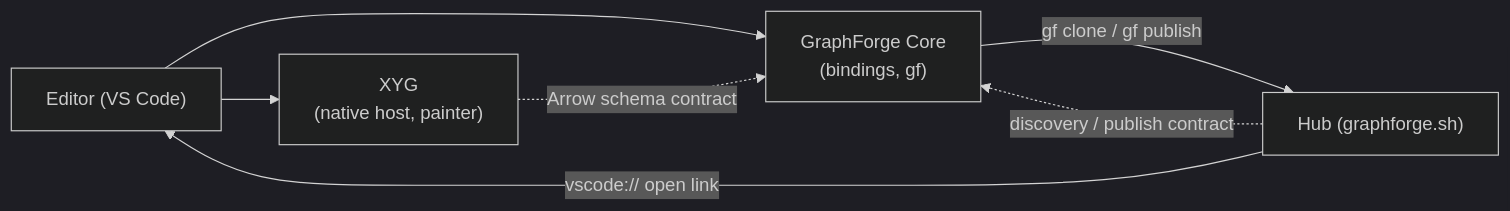
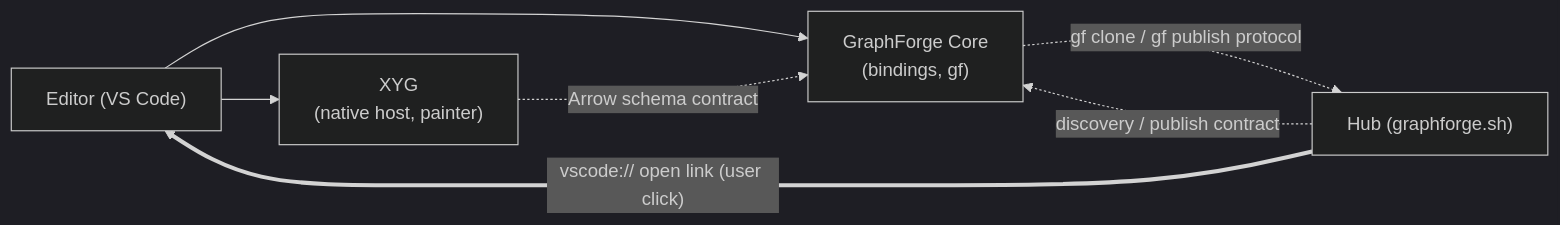
Before and after one commit to CurateLabs/graphforge: the diagram in docs/adr/0054-product-component-boundaries.md, drawn with Mermaid (dark theme). The commit also changed other lines of this file, not shown here.

Commit message:
docs: refresh ADR 0054 boundary diagram

````diff
--- a/docs/adr/0054-product-component-boundaries.md
+++ b/docs/adr/0054-product-component-boundaries.md
@@ -55,9 +55,9 @@
 ```mermaid
 flowchart LR
   Editor["Editor (VS Code)"] --> Core["GraphForge Core<br/>(bindings, gf)"]
   Editor --> XYG["XYG<br/>(native host, painter)"]
   XYG -. "Arrow schema contract" .-> Core
   Hub["Hub (graphforge.sh)"] -. "discovery / publish contract" .-> Core
-  Hub -- "vscode:// open link" --> Editor
-  Core -- "gf clone / gf publish" --> Hub
+  Hub == "vscode:// open link (user click)" ==> Editor
+  Core -. "gf clone / gf publish protocol" .-> Hub
 ```
````
